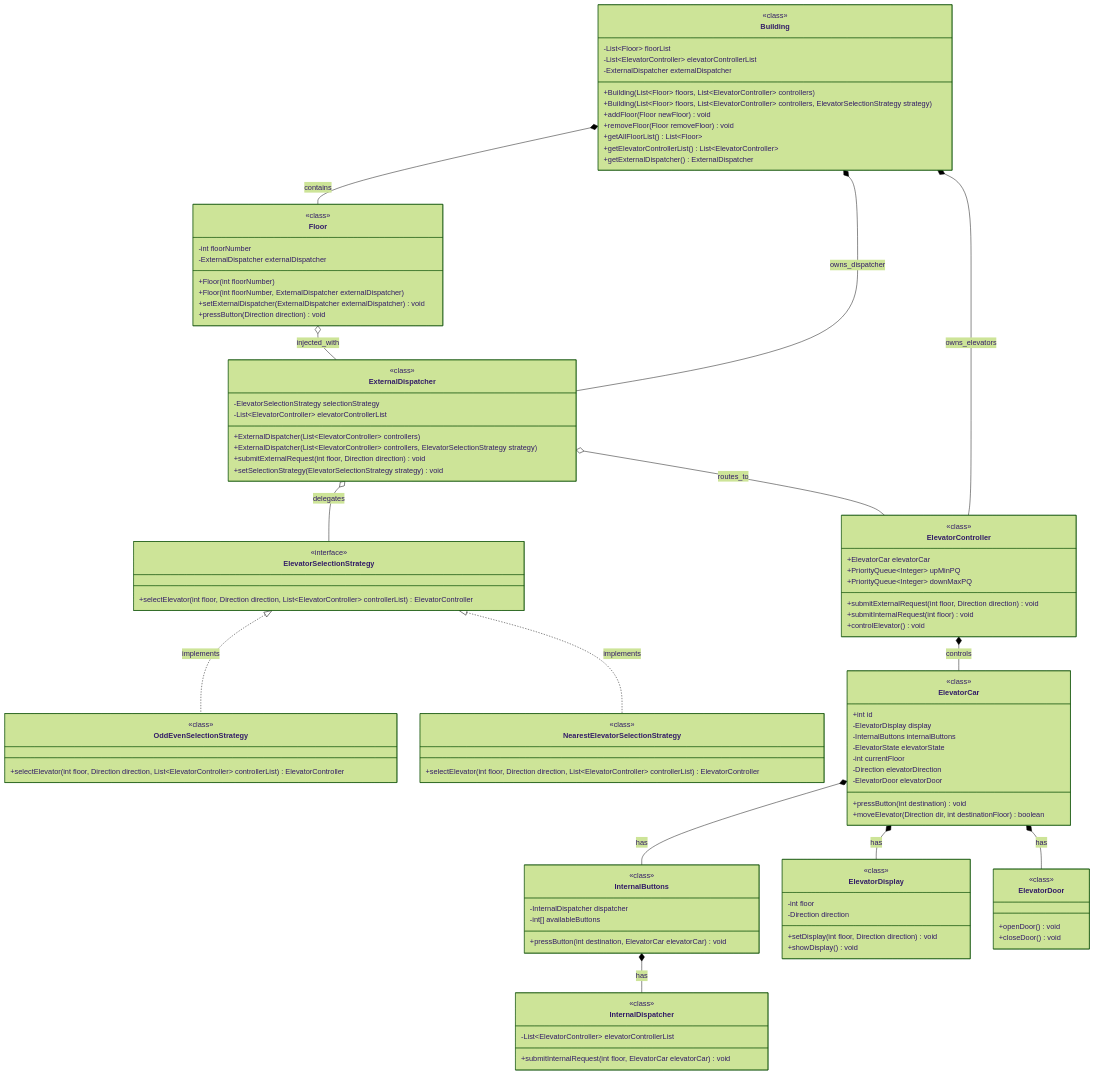
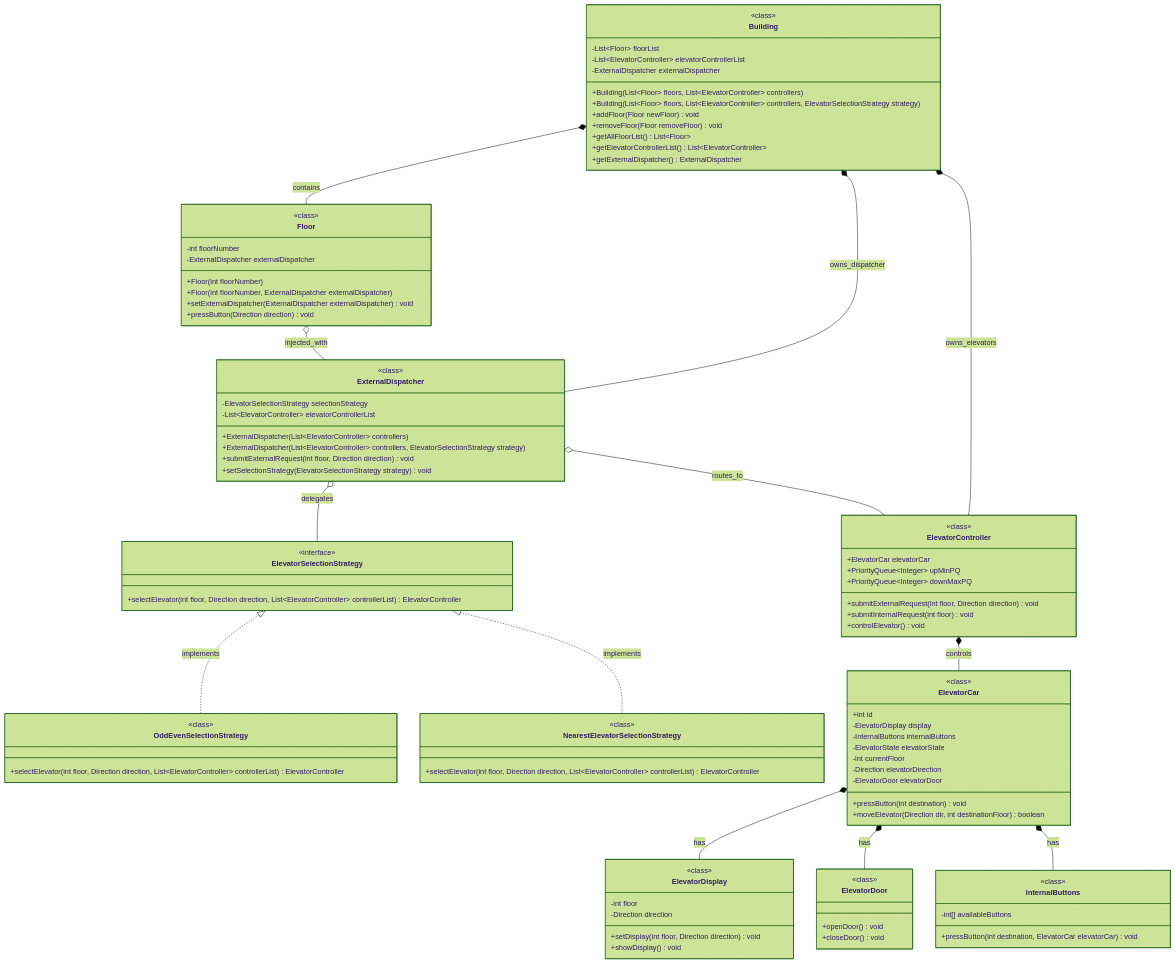
Before and after one commit to atharvam2004/LLD: the diagram in LLDElevatorDesign/UML.md, drawn with Mermaid (forest theme). The commit also changed other lines of this file and 3 other files, not shown here.

````diff
--- a/LLDElevatorDesign/UML.md
+++ b/LLDElevatorDesign/UML.md
@@ -160,16 +210,10 @@
 
     class InternalButtons {
         <<class>>
-        -InternalDispatcher dispatcher
         -int[] availableButtons
         +pressButton(int destination, ElevatorCar elevatorCar) void
     }
 
-    class InternalDispatcher {
-        <<class>>
-        -List~ElevatorController~ elevatorControllerList
-        +submitInternalRequest(int floor, ElevatorCar elevatorCar) void
-    }
 
     class ElevatorDisplay {
         <<class>>
@@ -198,5 +242,4 @@
     ElevatorCar *-- ElevatorDisplay : has
     ElevatorCar *-- ElevatorDoor : has
     ElevatorCar *-- InternalButtons : has
-    InternalButtons *-- InternalDispatcher : has
 ```
````
